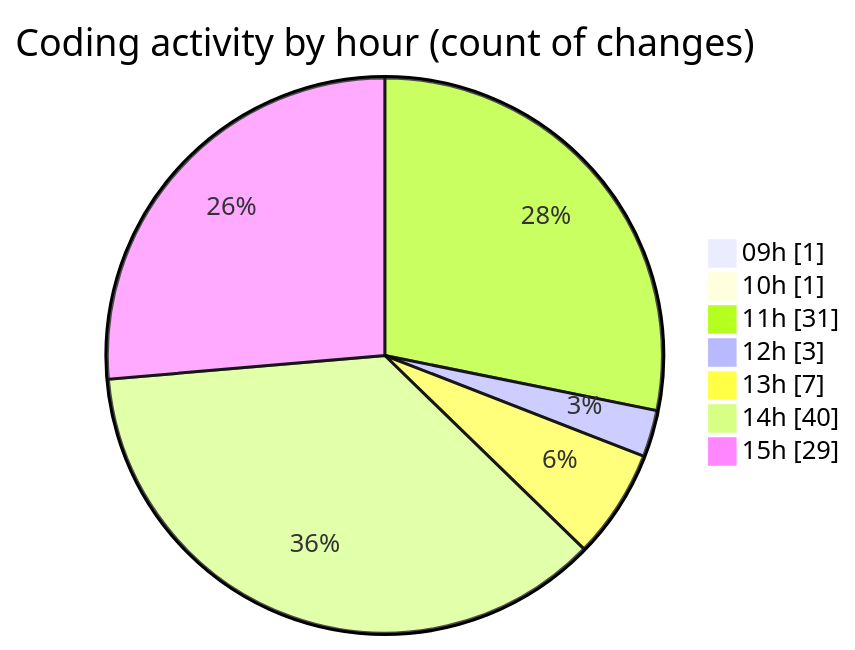
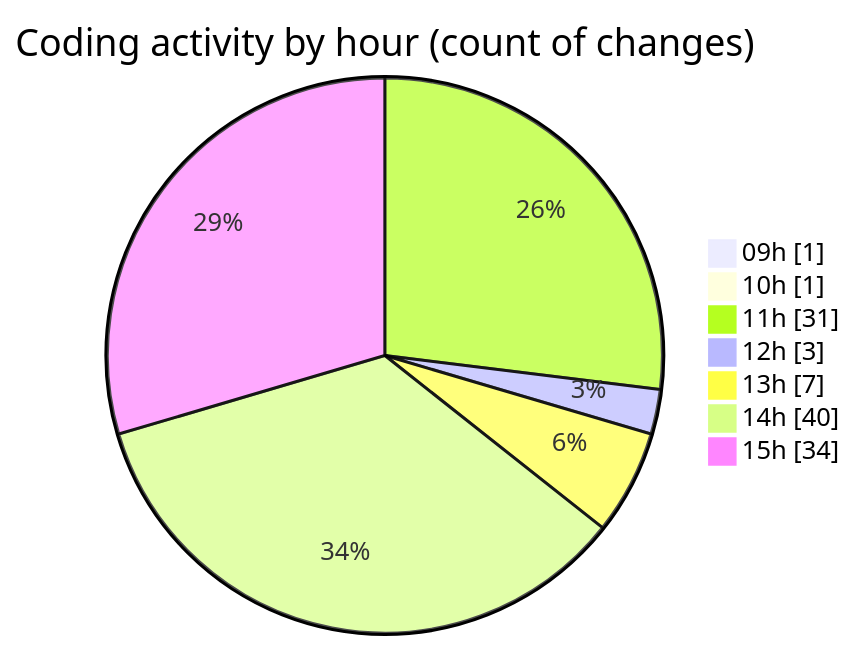
One commit to momahboobian/code-tracking changed the second of 2 diagrams in 2026-01-28/cda/README.md. Above: the diagram before and after it, drawn with Mermaid. The commit also changed other lines of this file and 1 other file, not shown here.

````diff
--- a/2026-01-28/cda/README.md
+++ b/2026-01-28/cda/README.md
@@ -35,11 +35,11 @@
 ```mermaid
 pie showData
 title Coding activity by hour (count of changes)
 "09h" : 1
 "10h" : 1
 "11h" : 31
 "12h" : 3
 "13h" : 7
 "14h" : 40
-"15h" : 29
+"15h" : 34
 ```
````
